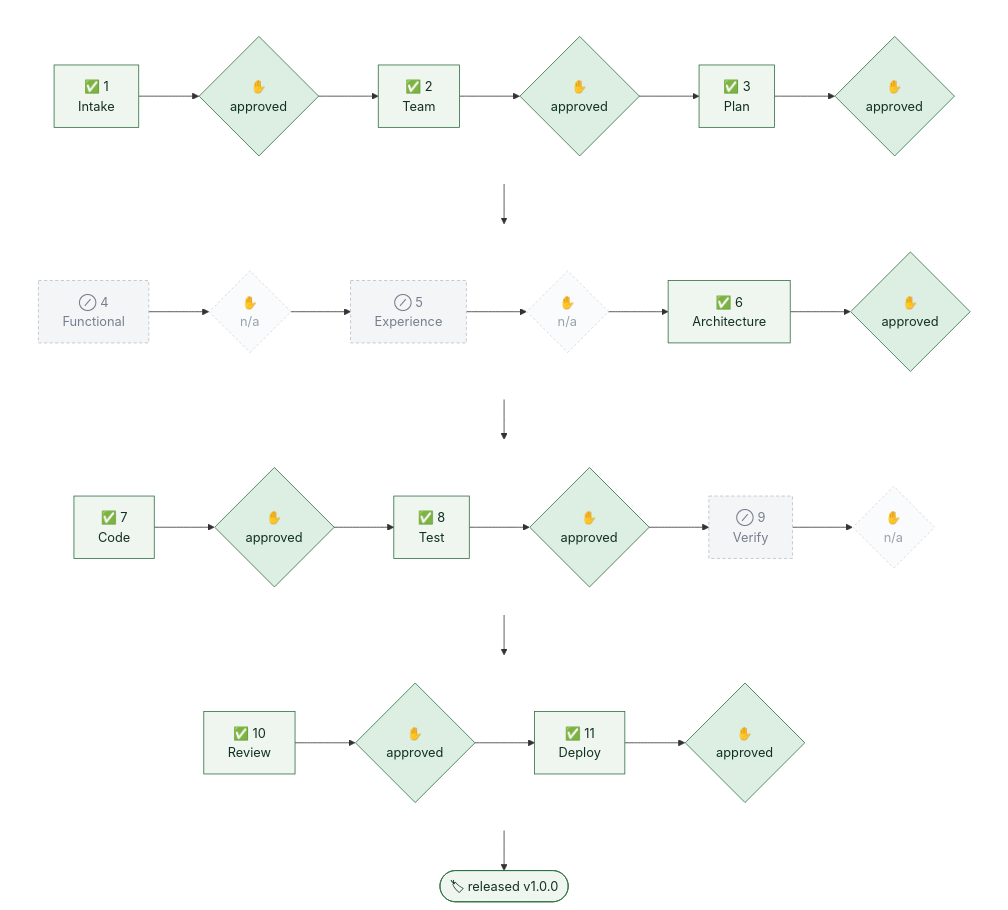
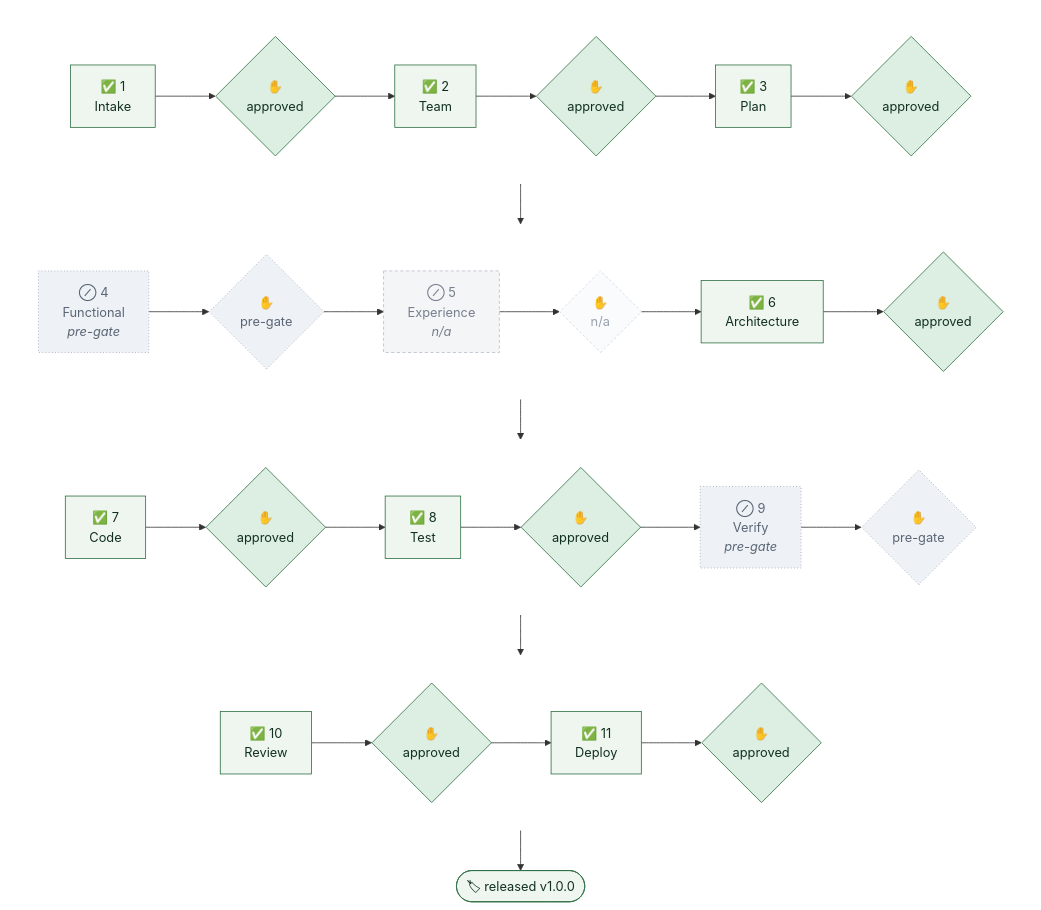
One commit to tandonakhil/AICluadeCode changed the second of 5 diagrams in admin/PORTFOLIO_STATUS.md. Above: the diagram before and after it, drawn with Mermaid. The commit also changed other lines of this file and 4 other files, not shown here.

````diff
--- a/admin/PORTFOLIO_STATUS.md
+++ b/admin/PORTFOLIO_STATUS.md
@@ -89,40 +94,46 @@
 ```mermaid
 flowchart TB
   subgraph r1 [" "]
     direction LR
     G1["✅ 1<br/>Intake"] --> H1{"✋<br/>approved"} --> G2["✅ 2<br/>Team"] --> H2{"✋<br/>approved"} --> G3["✅ 3<br/>Plan"] --> H3{"✋<br/>approved"}
   end
   subgraph r2 [" "]
     direction LR
-    G4["⊘ 4<br/>Functional"] --> H4{"✋<br/>n/a"} --> G5["⊘ 5<br/>Experience"] --> H5{"✋<br/>n/a"} --> G6["✅ 6<br/>Architecture"] --> H6{"✋<br/>approved"}
+    G4["⊘ 4<br/>Functional<br/><i>pre-gate</i>"] --> H4{"✋<br/>pre-gate"} --> G5["⊘ 5<br/>Experience<br/><i>n/a</i>"] --> H5{"✋<br/>n/a"} --> G6["✅ 6<br/>Architecture"] --> H6{"✋<br/>approved"}
   end
   subgraph r3 [" "]
     direction LR
-    G7["✅ 7<br/>Code"] --> H7{"✋<br/>approved"} --> G8["✅ 8<br/>Test"] --> H8{"✋<br/>approved"} --> G9["⊘ 9<br/>Verify"] --> H9{"✋<br/>n/a"}
+    G7["✅ 7<br/>Code"] --> H7{"✋<br/>approved"} --> G8["✅ 8<br/>Test"] --> H8{"✋<br/>approved"} --> G9["⊘ 9<br/>Verify<br/><i>pre-gate</i>"] --> H9{"✋<br/>pre-gate"}
   end
   subgraph r4 [" "]
     direction LR
     G10["✅ 10<br/>Review"] --> H10{"✋<br/>approved"} --> G11["✅ 11<br/>Deploy"] --> H11{"✋<br/>approved"}
   end
   H3 --> G4
   H6 --> G7
   H9 --> G10
   H11 --> REL(["🏷 released v1.0.0"])
   classDef done    fill:#eef6ef,stroke:#2f6f43,color:#123021
   classDef active  fill:#fff8e6,stroke:#8a6410,stroke-width:2px,color:#3d2c04
   classDef looped  fill:#fdf0ec,stroke:#a3341f,stroke-width:2px,color:#3d1109
   classDef warn    fill:#fff8e6,stroke:#8a6410,stroke-width:2px,color:#3d2c04
   classDef pending fill:#f4f5f7,stroke:#b8bfc9,color:#767f8d
   classDef skipped fill:#f4f5f7,stroke:#b8bfc9,color:#767f8d,stroke-dasharray:4 3
+  classDef skip_na  fill:#f4f5f7,stroke:#b8bfc9,color:#767f8d,stroke-dasharray:4 3
+  classDef skip_pre fill:#eef1f6,stroke:#8d99ab,color:#5b6675,stroke-dasharray:1 3
+  classDef skip_owed fill:#f8ded7,stroke:#a3341f,stroke-width:3px,color:#3d1109
   classDef hdone   fill:#dcefe2,stroke:#2f6f43,color:#123021
   classDef hwait   fill:#ffe9a8,stroke:#8a6410,stroke-width:4px,color:#3d2c04
   classDef hpend   fill:#fafbfc,stroke:#cfd5dd,color:#98a1ad,stroke-dasharray:3 3
   classDef hskip   fill:#fafbfc,stroke:#cfd5dd,color:#98a1ad,stroke-dasharray:3 3
+  classDef hpre    fill:#eef1f6,stroke:#8d99ab,color:#5b6675,stroke-dasharray:1 3
   classDef hnone   fill:#f8ded7,stroke:#a3341f,stroke-width:3px,color:#3d1109
   classDef rowbox  fill:none,stroke:none
   class G1,G2,G3,G6,G7,G8,G10,G11,REL done
   class H1,H2,H3,H6,H7,H8,H10,H11 hdone
-  class G4,G5,G9 skipped
-  class H4,H5,H9 hskip
+  class G4,G9 skip_pre
+  class H4,H9 hpre
+  class G5 skip_na
+  class H5 hskip
   class r1,r2,r3,r4 rowbox
 ```
````
